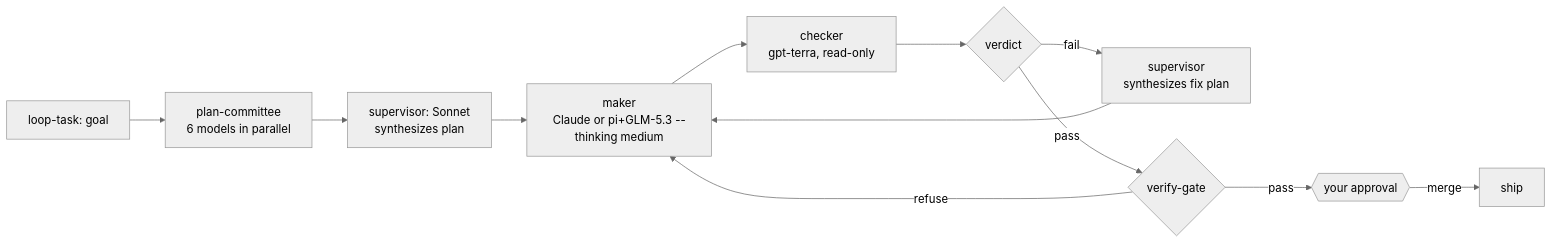
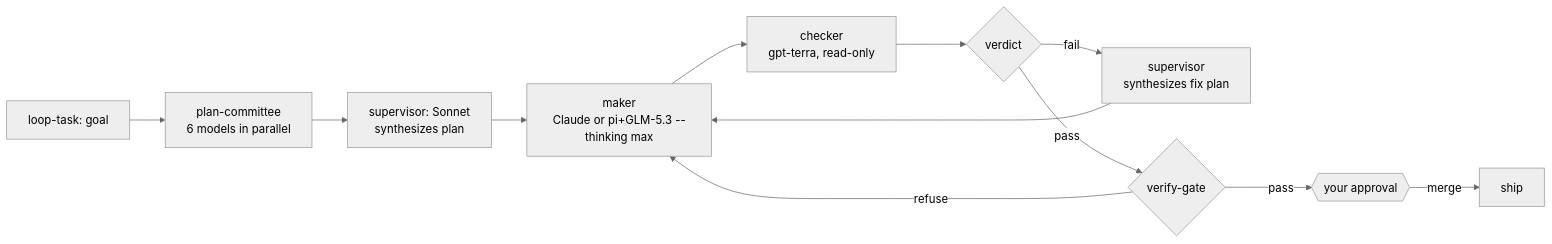
The diagram in README.md (eshwarvijay/secondmate), drawn with Mermaid (neutral theme) before and after one commit. The commit also changed other lines of this file and 1 other file, not shown here.

Commit message:
SKILL.md + README: raise pi maker --thinking medium to max at all 4 launch sites

````diff
--- a/README.md
+++ b/README.md
@@ -62,14 +62,14 @@
 ```mermaid
 flowchart LR
     A[loop-task: goal] --> P[plan-committee<br/>6 models in parallel]
     P --> S[supervisor: Sonnet<br/>synthesizes plan]
-    S --> M[maker<br/>Claude or pi+GLM-5.3 --thinking medium]
+    S --> M[maker<br/>Claude or pi+GLM-5.3 --thinking max]
     M --> C[checker<br/>gpt-terra, read-only]
     C --> V{verdict}
     V -- fail --> S2[supervisor<br/>synthesizes fix plan]
     S2 --> M
     V -- pass --> G{verify-gate}
     G -- refuse --> M
     G -- pass --> H{{your approval}}
     H -- merge --> D[ship]
 ```
````
